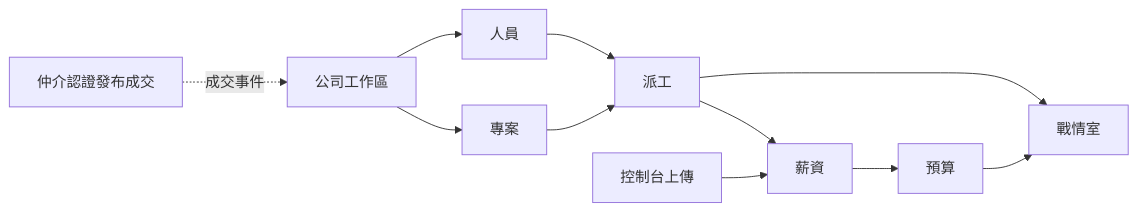
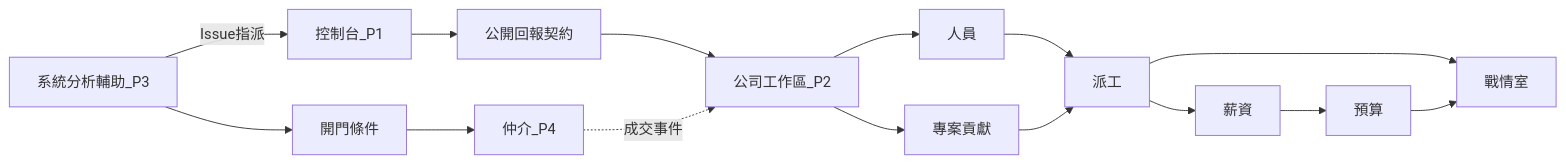
The diagram in docs/product/roadmap.md (sjvann/AI_Project_Console), drawn with Mermaid before and after one commit. The commit also changed other lines of this file and 28 other files, not shown here.

````diff
--- a/docs/product/roadmap.md
+++ b/docs/product/roadmap.md
@@ -71,15 +82,23 @@
 ```mermaid
 flowchart LR
-  Market[仲介認證發布成交]
-  Ws[公司工作區]
-  Market -.->|成交事件| Ws
+  Console[控制台_P1]
+  Report[公開回報契約]
+  Ws[公司工作區_P2]
+  SA[系統分析輔助_P3]
+  Gate[開門條件]
+  Market[仲介_P4]
+  Console --> Report
+  Report --> Ws
   Ws --> People[人員]
-  Ws --> Clients[專案]
+  Ws --> Projects[專案貢獻]
   People --> Dispatch[派工]
-  Clients --> Dispatch
+  Projects --> Dispatch
   Dispatch --> Payroll[薪資]
-  ConsoleUp[控制台上傳] --> Payroll
   Payroll --> Budget[預算]
   Dispatch --> War[戰情室]
   Budget --> War
+  SA --> Gate
+  Gate --> Market
+  Market -.->|成交事件| Ws
+  SA -->|Issue指派| Console
 ```
````
